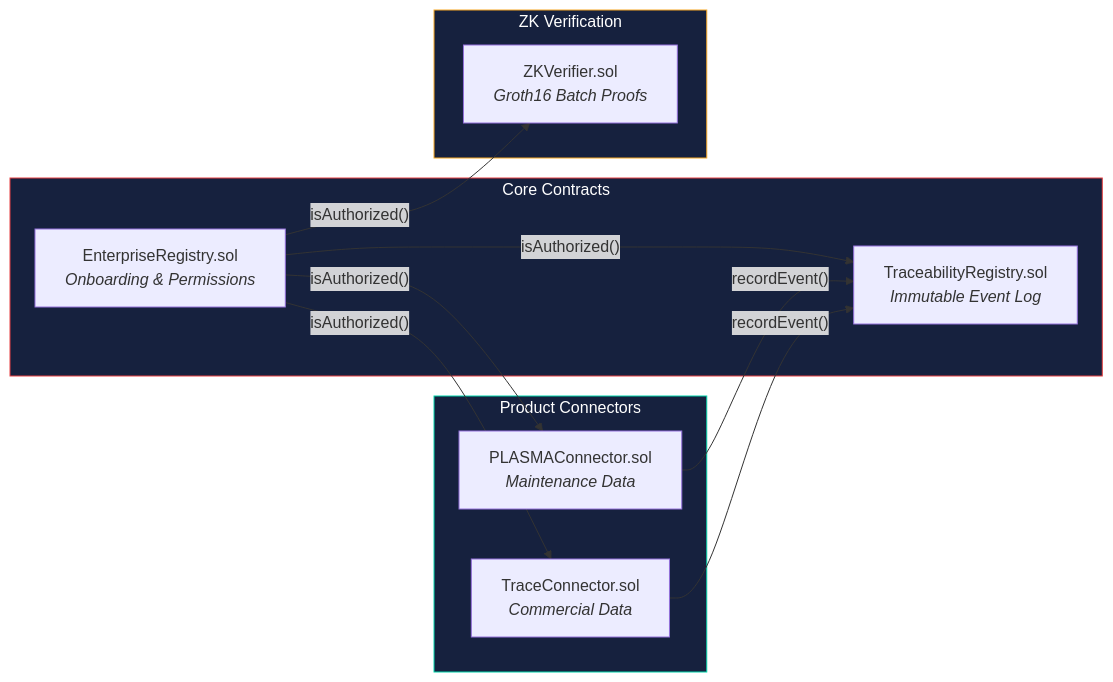
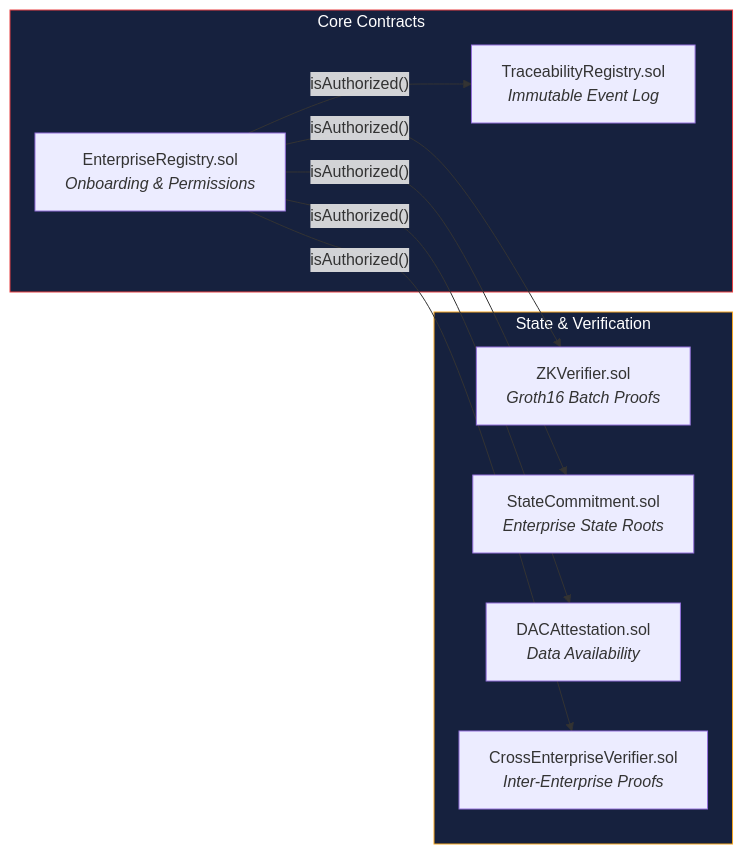
Before and after one commit to sebastian-quintero-osorio/basis-network: the second of 8 diagrams in docs/ARCHITECTURE.md, drawn with Mermaid. The commit also changed other lines of this file and 6 other files, not shown here.

First line of the commit message:
docs: update all documentation for generic L1 settlement architecture

````diff
--- a/docs/ARCHITECTURE.md
+++ b/docs/ARCHITECTURE.md
@@ -81,28 +82,23 @@
 ```mermaid
 graph LR
     subgraph Core["Core Contracts"]
         ER["EnterpriseRegistry.sol<br/><i>Onboarding & Permissions</i>"]
         TR["TraceabilityRegistry.sol<br/><i>Immutable Event Log</i>"]
     end
 
-    subgraph Connectors["Product Connectors"]
-        PC["PLASMAConnector.sol<br/><i>Maintenance Data</i>"]
-        TC["TraceConnector.sol<br/><i>Commercial Data</i>"]
+    subgraph StateVerification["State & Verification"]
+        ZK["ZKVerifier.sol<br/><i>Groth16 Batch Proofs</i>"]
+        SCM["StateCommitment.sol<br/><i>Enterprise State Roots</i>"]
+        DAC["DACAttestation.sol<br/><i>Data Availability</i>"]
+        CEV["CrossEnterpriseVerifier.sol<br/><i>Inter-Enterprise Proofs</i>"]
     end
 
-    subgraph Verification["ZK Verification"]
-        ZK["ZKVerifier.sol<br/><i>Groth16 Batch Proofs</i>"]
-    end
-
-    ER -->|"isAuthorized()"| PC
-    ER -->|"isAuthorized()"| TC
     ER -->|"isAuthorized()"| TR
     ER -->|"isAuthorized()"| ZK
-
-    PC -->|"recordEvent()"| TR
-    TC -->|"recordEvent()"| TR
+    ER -->|"isAuthorized()"| SCM
+    ER -->|"isAuthorized()"| DAC
+    ER -->|"isAuthorized()"| CEV
 
     style Core fill:#16213e,stroke:#e84142,color:#fff
-    style Connectors fill:#16213e,stroke:#00d4aa,color:#fff
-    style Verification fill:#16213e,stroke:#f5a623,color:#fff
+    style StateVerification fill:#16213e,stroke:#f5a623,color:#fff
 ```
````
